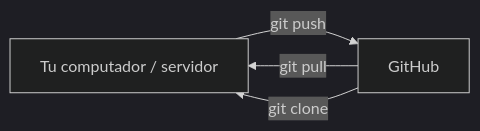
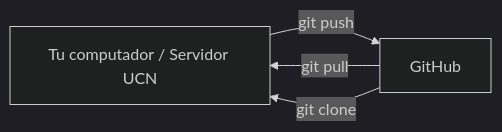
Before and after one commit to Gael-OC/machine-learning-2026-02: the first of 2 diagrams in guias/01-git-y-github.md, drawn with Mermaid (dark theme). The commit also changed other lines of this file and 3 other files, not shown here.

````diff
--- a/guias/01-git-y-github.md
+++ b/guias/01-git-y-github.md
@@ -18,6 +14,6 @@
 ```mermaid
 flowchart LR
-    A[Tu computador / servidor] -->|git push| B[GitHub]
+    A[Tu computador / Servidor UCN] -->|git push| B[GitHub]
     B -->|git pull| A
     B -->|git clone| A
 ```
````
